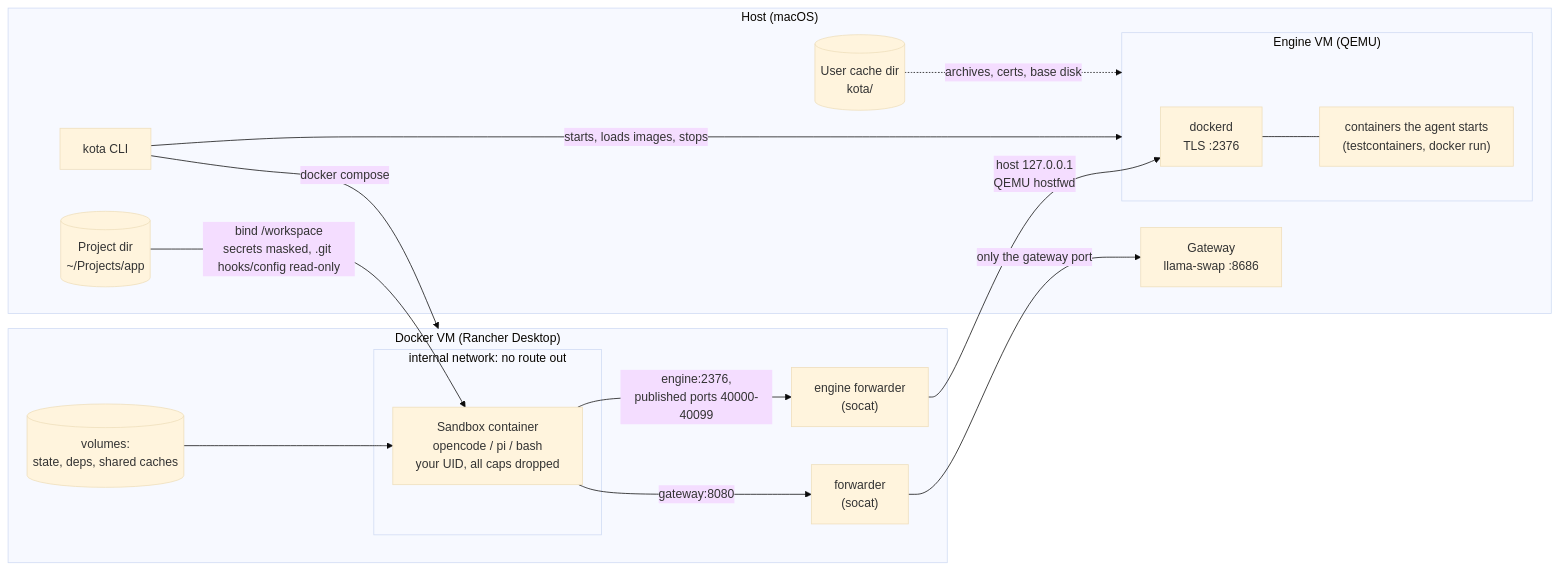
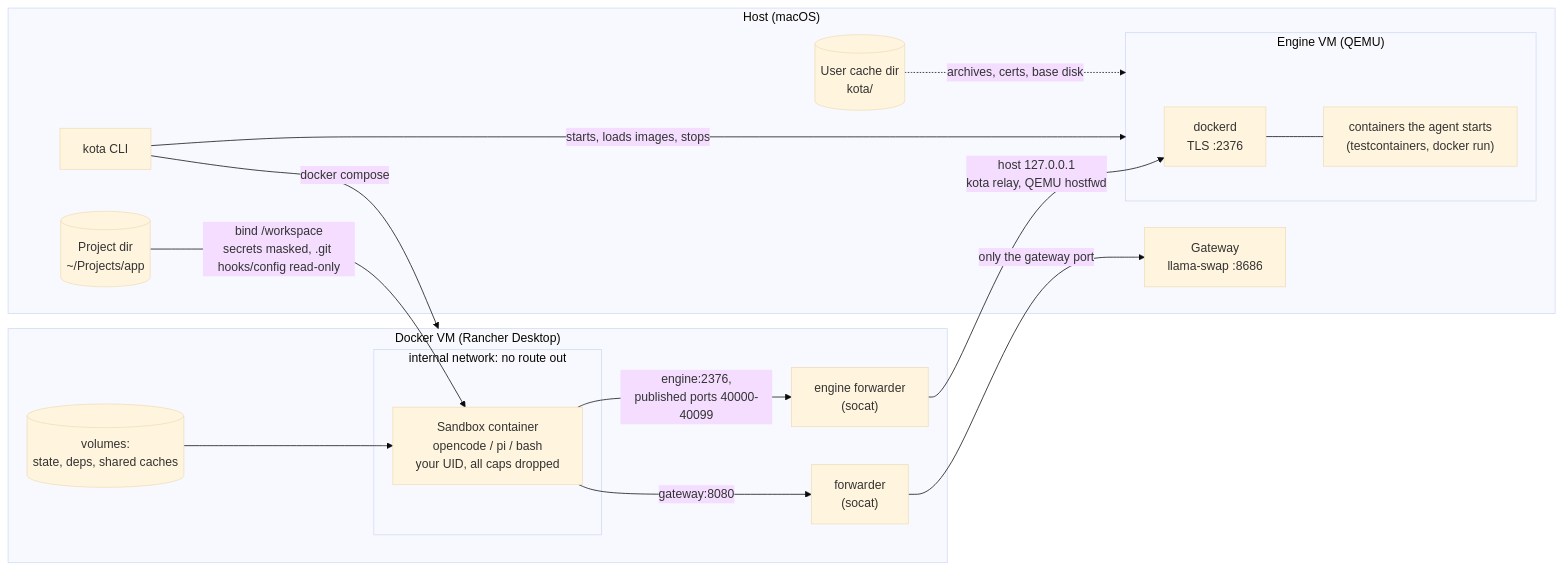
Before and after one commit to cyky/kota: the first of 5 diagrams in docs/architecture.md, drawn with Mermaid (base theme). The commit also changed 9 other files, not shown here.

First line of the commit message:
feat: relay the Engine VM's ports so parallel connections hold

````diff
--- a/docs/architecture.md
+++ b/docs/architecture.md
@@ -9,31 +9,31 @@
 ```mermaid
 flowchart LR
     subgraph host["Host (macOS)"]
         cli["kota CLI"]
         gw["Gateway<br/>llama-swap :8686"]
         project[("Project dir<br/>~/Projects/app")]
         cache[("User cache dir<br/>kota/")]
         subgraph vm["Engine VM (QEMU)"]
             dockerd["dockerd<br/>TLS :2376"]
             ctrs["containers the agent starts<br/>(testcontainers, docker run)"]
         end
     end
 
     subgraph dvm["Docker VM (Rancher Desktop)"]
         subgraph internal["internal network: no route out"]
             sandbox["Sandbox container<br/>opencode / pi / bash<br/>your UID, all caps dropped"]
         end
         fwd["forwarder<br/>(socat)"]
         efwd["engine forwarder<br/>(socat)"]
         vols[("volumes:<br/>state, deps, shared caches")]
     end
 
     sandbox -- "gateway:8080" --> fwd -- "only the gateway port" --> gw
-    sandbox -- "engine:2376,<br/>published ports 40000-40099" --> efwd -- "host 127.0.0.1<br/>QEMU hostfwd" --> dockerd
+    sandbox -- "engine:2376,<br/>published ports 40000-40099" --> efwd -- "host 127.0.0.1<br/>kota relay, QEMU hostfwd" --> dockerd
     dockerd --- ctrs
     project -- "bind /workspace<br/>secrets masked, .git hooks/config read-only" --> sandbox
     vols --> sandbox
     cli -- "docker compose" --> dvm
     cli -- "starts, loads images, stops" --> vm
     cache -. "archives, certs, base disk" .-> vm
 ```
````
